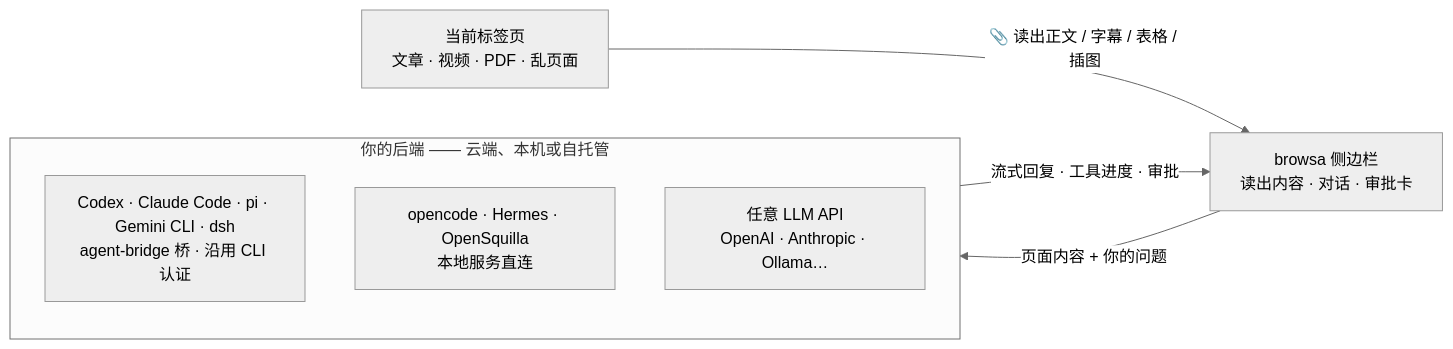
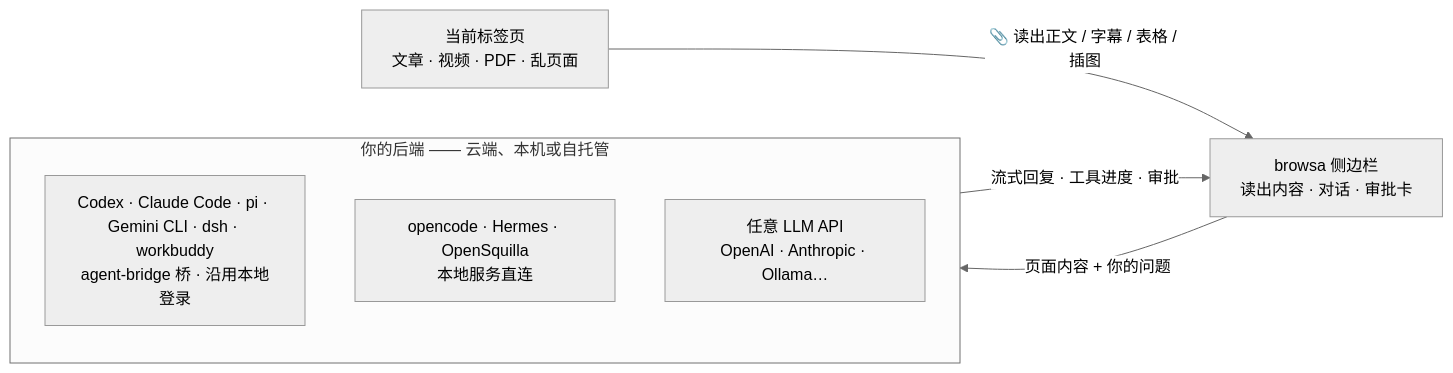
Before and after one commit to xiaohuzai/browsa: the diagram in README.zh-CN.md, drawn with Mermaid (neutral theme). The commit also changed other lines of this file and 19 other files, not shown here.

Commit message:
docs: agent 家族补 workbuddy——README 双语+五语、官网落地页七语、guide、bridge 芯片 banner 重渲染 (#231)

````diff
--- a/README.zh-CN.md
+++ b/README.zh-CN.md
@@ -62,13 +63,13 @@
 ```mermaid
 flowchart LR
     P["当前标签页<br/>文章 · 视频 · PDF · 乱页面"]
     B["browsa 侧边栏<br/>读出内容 · 对话 · 审批卡"]
     subgraph Y["你的后端 —— 云端、本机或自托管"]
-        A1["Codex · Claude Code · pi · Gemini CLI · dsh<br/>agent-bridge 桥 · 沿用 CLI 认证"]
+        A1["Codex · Claude Code · pi · Gemini CLI · dsh · workbuddy<br/>agent-bridge 桥 · 沿用本地登录"]
         A2["opencode · Hermes · OpenSquilla<br/>本地服务直连"]
         A3["任意 LLM API<br/>OpenAI · Anthropic · Ollama…"]
     end
     P -->|"📎 读出正文 / 字幕 / 表格 / 插图"| B
     B -->|"页面内容 + 你的问题"| Y
     Y -->|"流式回复 · 工具进度 · 审批"| B
 ```
````
